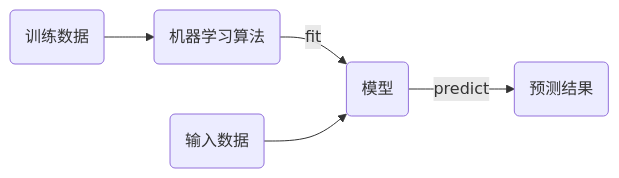
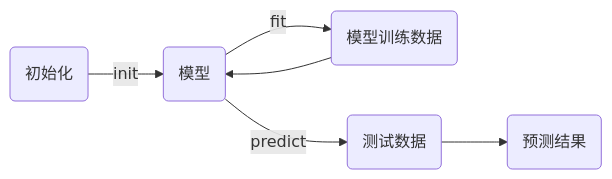
The second of 2 diagrams in docs/b-base/01-knn.md (hughxusu/lesson-ai), drawn with Mermaid before and after one commit. The commit also changed other lines of this file and 1 other file, not shown here.

````diff
--- a/docs/b-base/01-knn.md
+++ b/docs/b-base/01-knn.md
@@ -61,5 +63,5 @@
 ```mermaid
 graph LR
-a(训练数据)-->b(机器学习算法)--fit-->c(模型)
-d(输入数据)-->c--predict-->e(预测结果)
+c(模型)--fit-->b(模型训练数据)-->c
+d(初始化)--init-->c--predict-->e(测试数据)-->f(预测结果)
 ```
````
